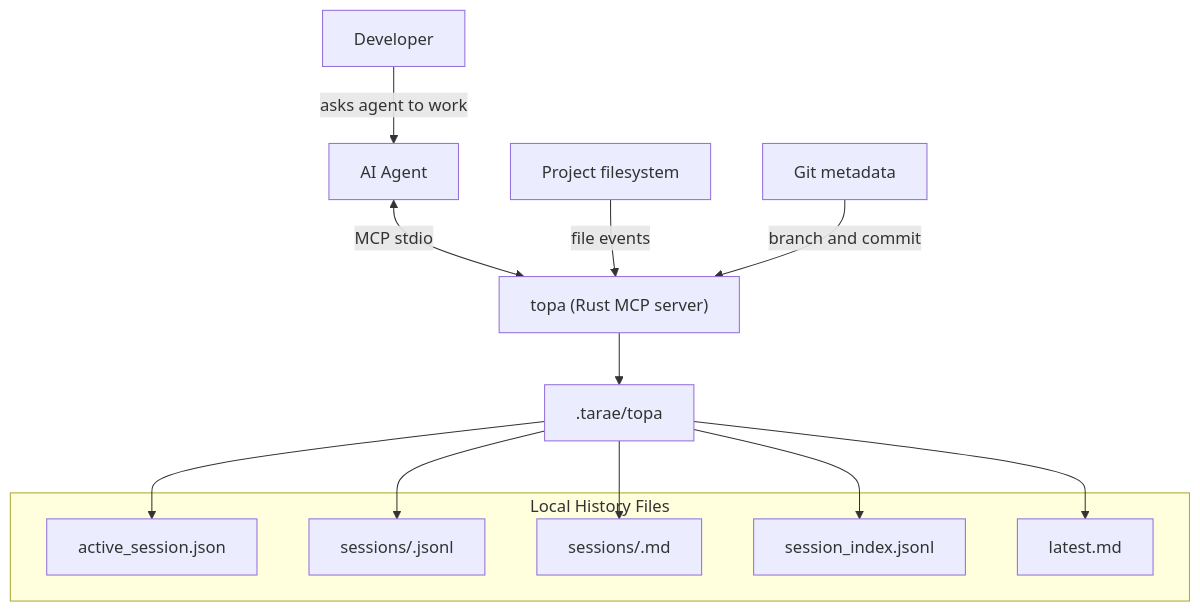
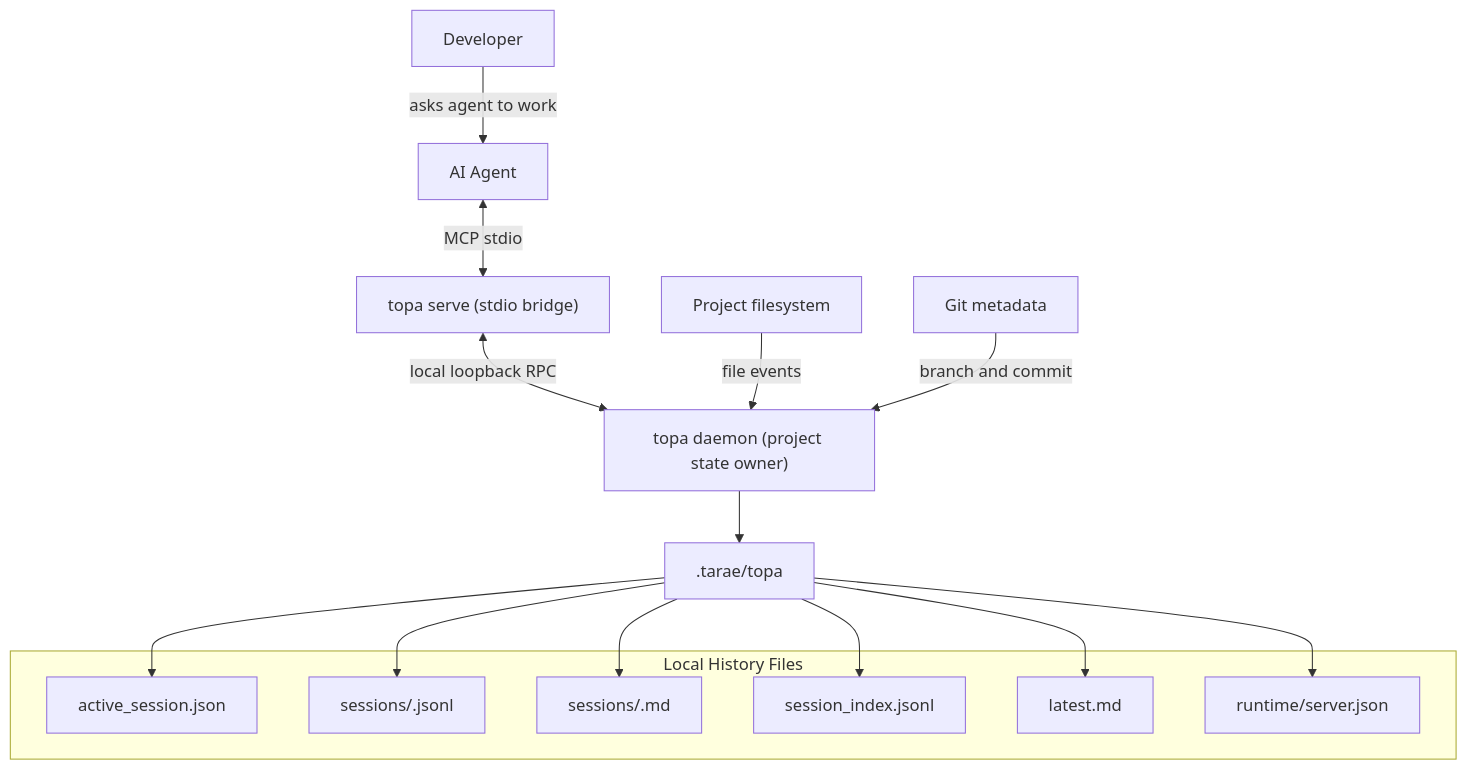
One commit to InsightFrom/tarae changed the diagram in docs/Architecture.md. Above: the diagram before and after it, drawn with Mermaid. The commit also changed other lines of this file and 25 other files, not shown here.

Commit message:
feat: add project scoped topa daemon

````diff
--- a/docs/Architecture.md
+++ b/docs/Architecture.md
@@ -9,22 +9,25 @@
 ```mermaid
 flowchart TB
     User["Developer"] -->|"asks agent to work"| Agent["AI Agent"]
-    Agent <-->|"MCP stdio"| Topa["topa (Rust MCP server)"]
-    Files["Project filesystem"] -->|"file events"| Topa
-    Git["Git metadata"] -->|"branch and commit"| Topa
-    Topa --> History[".tarae/topa"]
+    Agent <-->|"MCP stdio"| Bridge["topa serve (stdio bridge)"]
+    Bridge <-->|"local loopback RPC"| Daemon["topa daemon (project state owner)"]
+    Files["Project filesystem"] -->|"file events"| Daemon
+    Git["Git metadata"] -->|"branch and commit"| Daemon
+    Daemon --> History[".tarae/topa"]
 
     subgraph HistoryFiles["Local History Files"]
         Active["active_session.json"]
         Jsonl["sessions/<session-id>.jsonl"]
         Md["sessions/<session-id>.md"]
         Index["session_index.jsonl"]
         Latest["latest.md"]
+        Runtime["runtime/server.json"]
     end
 
     History --> Active
     History --> Jsonl
     History --> Md
     History --> Index
     History --> Latest
+    History --> Runtime
 ```
````
